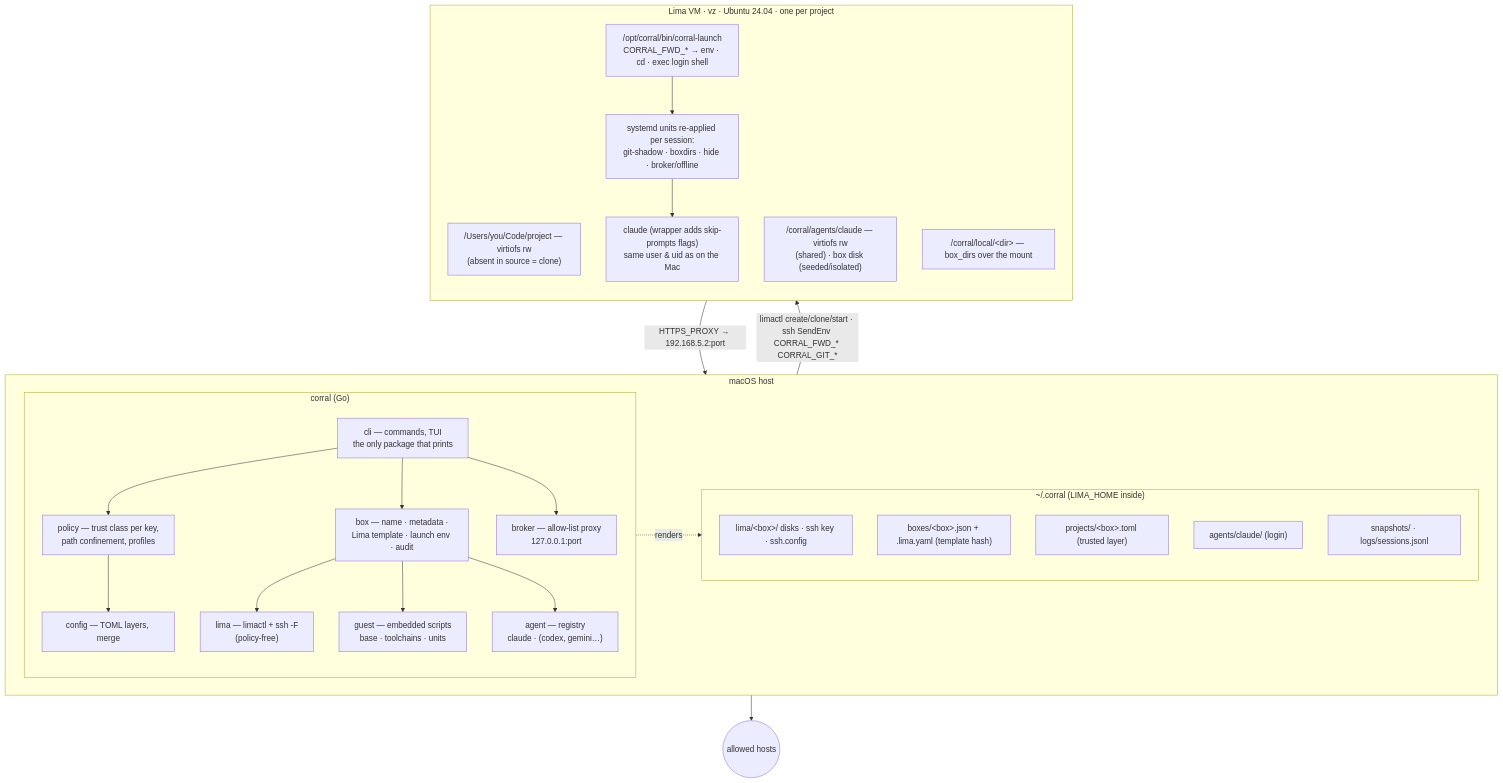
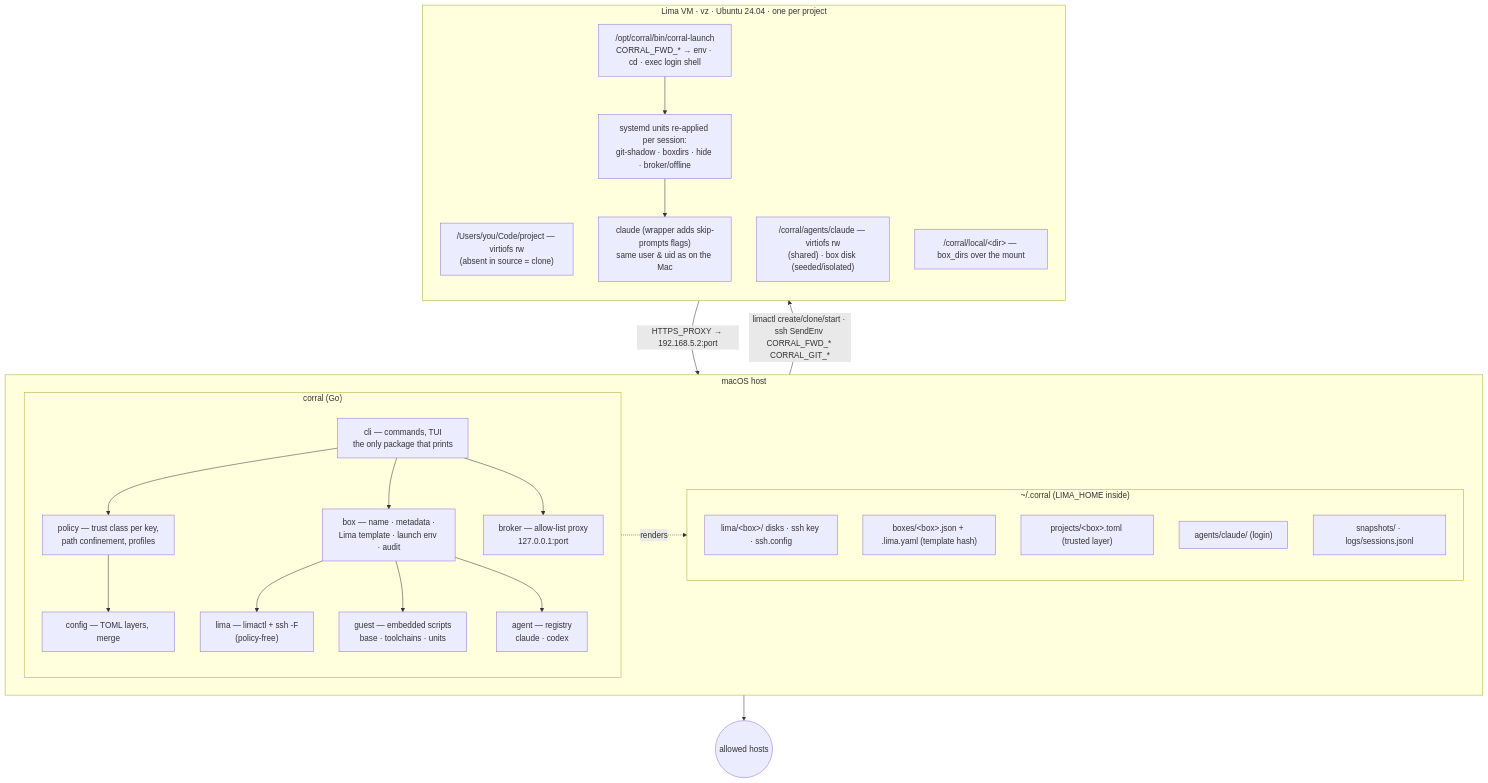
The first of 2 diagrams in docs/ARCHITECTURE.md (corral-sh/corral), drawn with Mermaid before and after one commit. The commit also changed 27 other files, not shown here.

First line of the commit message:
Codex CLI (OpenAI) as a second agent; `agents` selects what a box installs (#46) (#47)

````diff
--- a/docs/ARCHITECTURE.md
+++ b/docs/ARCHITECTURE.md
@@ -7,43 +7,43 @@
 ```mermaid
 flowchart TB
     subgraph host["macOS host"]
         direction LR
         subgraph cli["corral (Go)"]
             direction TB
             c_cli["cli — commands, TUI<br/>the only package that prints"]
             c_policy["policy — trust class per key,<br/>path confinement, profiles"]
             c_config["config — TOML layers, merge"]
             c_box["box — name · metadata ·<br/>Lima template · launch env · audit"]
             c_lima["lima — limactl + ssh -F<br/>(policy-free)"]
             c_broker["broker — allow-list proxy<br/>127.0.0.1:port"]
-            c_agent["agent — registry<br/>claude · (codex, gemini…)"]
+            c_agent["agent — registry<br/>claude · codex"]
             c_guest["guest — embedded scripts<br/>base · toolchains · units"]
             c_cli --> c_policy --> c_config
             c_cli --> c_box --> c_lima
             c_box --> c_guest
             c_box --> c_agent
             c_cli --> c_broker
         end
         subgraph fs["~/.corral (LIMA_HOME inside)"]
             direction TB
             f_lima["lima/&lt;box&gt;/ disks · ssh key · ssh.config"]
             f_boxes["boxes/&lt;box&gt;.json + .lima.yaml (template hash)"]
             f_proj["projects/&lt;box&gt;.toml (trusted layer)"]
             f_agents["agents/claude/ (login)"]
             f_snap["snapshots/ · logs/sessions.jsonl"]
         end
     end
     subgraph vm["Lima VM · vz · Ubuntu 24.04 · one per project"]
         direction TB
         v_mount["/Users/you/Code/project — virtiofs rw<br/>(absent in source = clone)"]
         v_state["/corral/agents/claude — virtiofs rw<br/>(shared) · box disk (seeded/isolated)"]
         v_local["/corral/local/&lt;dir&gt; — box_dirs over the mount"]
         v_units["systemd units re-applied per session:<br/>git-shadow · boxdirs · hide · broker/offline"]
         v_launch["/opt/corral/bin/corral-launch<br/>CORRAL_FWD_* → env · cd · exec login shell"]
         v_agent["claude (wrapper adds skip-prompts flags)<br/>same user & uid as on the Mac"]
         v_launch --> v_units --> v_agent
     end
     c_lima -- "limactl create/clone/start · ssh SendEnv CORRAL_FWD_* CORRAL_GIT_*" --> v_launch
     c_box -. "renders" .-> f_boxes
     v_agent -- "HTTPS_PROXY → 192.168.5.2:port" --> c_broker --> net(("allowed hosts"))
 ```
````
